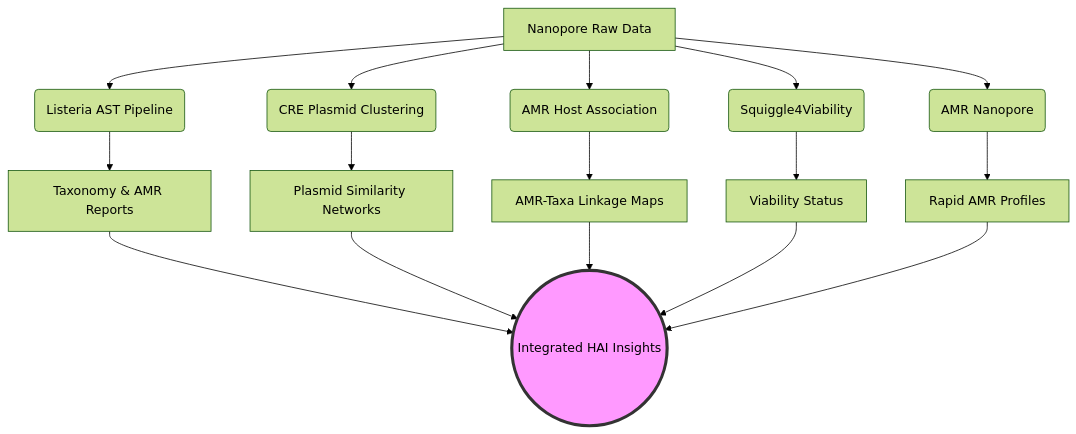
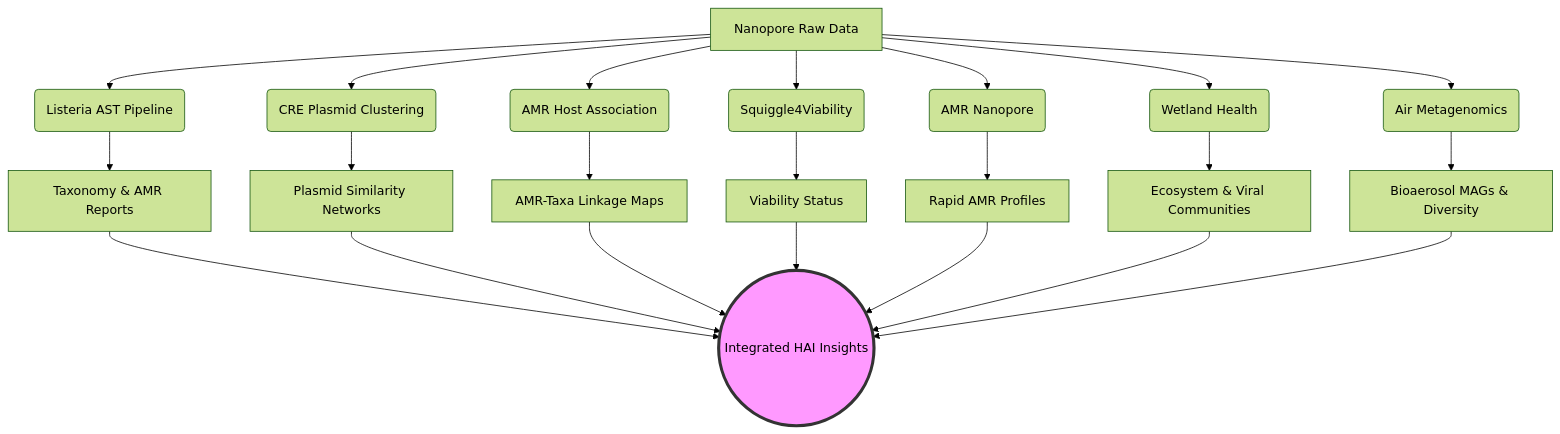
The diagram in README.md (ttmgr/GenomicsForOneHealth), drawn with Mermaid (forest theme) before and after one commit. The commit also changed other lines of this file and 30 other files, not shown here.

Commit message:
feat: integrate Wetland_Health and Air_Metagenomics pipelines

````diff
--- a/README.md
+++ b/README.md
@@ -91,22 +107,28 @@
 ```mermaid
 graph TD
     A[Nanopore Raw Data] --> B(Listeria AST Pipeline)
     A --> C(CRE Plasmid Clustering)
     A --> D(AMR Host Association)
     A --> I(Squiggle4Viability)
     A --> J(AMR Nanopore)
+    A --> M(Wetland Health)
+    A --> N(Air Metagenomics)
     
     B --> E[Taxonomy & AMR Reports]
     C --> F[Plasmid Similarity Networks]
     D --> G[AMR-Taxa Linkage Maps]
     I --> K[Viability Status]
     J --> L[Rapid AMR Profiles]
+    M --> O[Ecosystem & Viral Communities]
+    N --> P[Bioaerosol MAGs & Diversity]
     
     E --> H((Integrated HAI Insights))
     F --> H
     G --> H
     K --> H
     L --> H
+    O --> H
+    P --> H
     
     style H fill:#f9f,stroke:#333,stroke-width:4px
 ```
````
